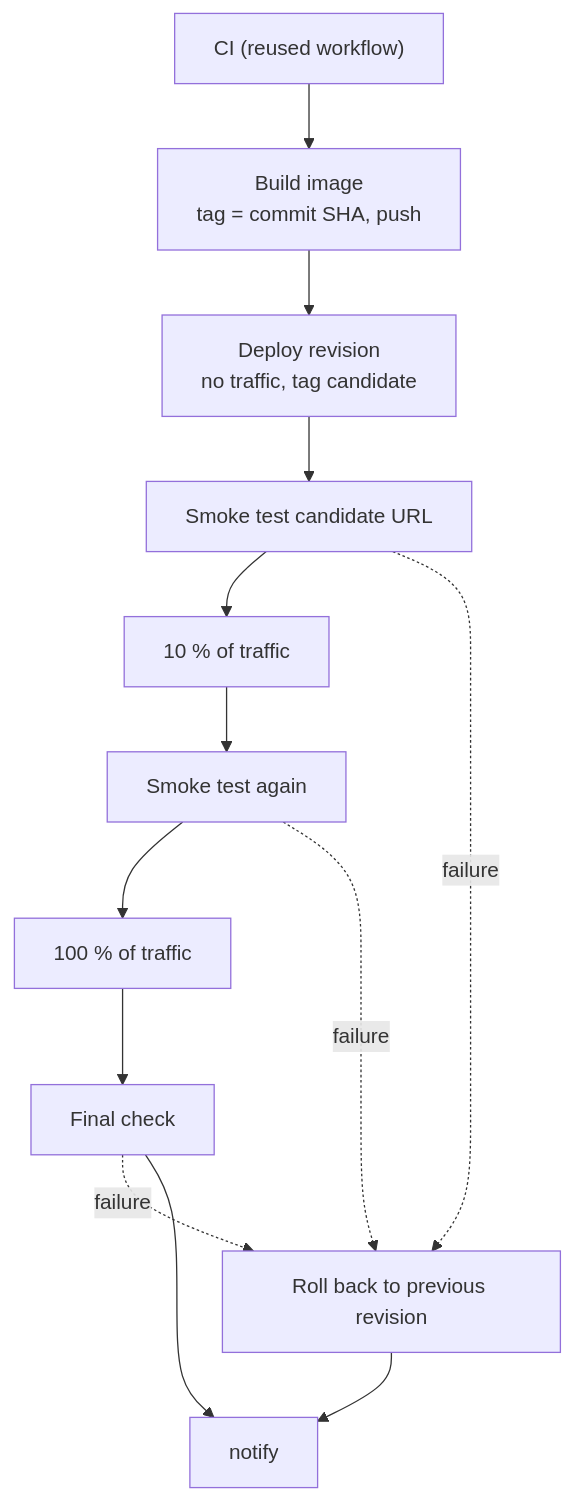
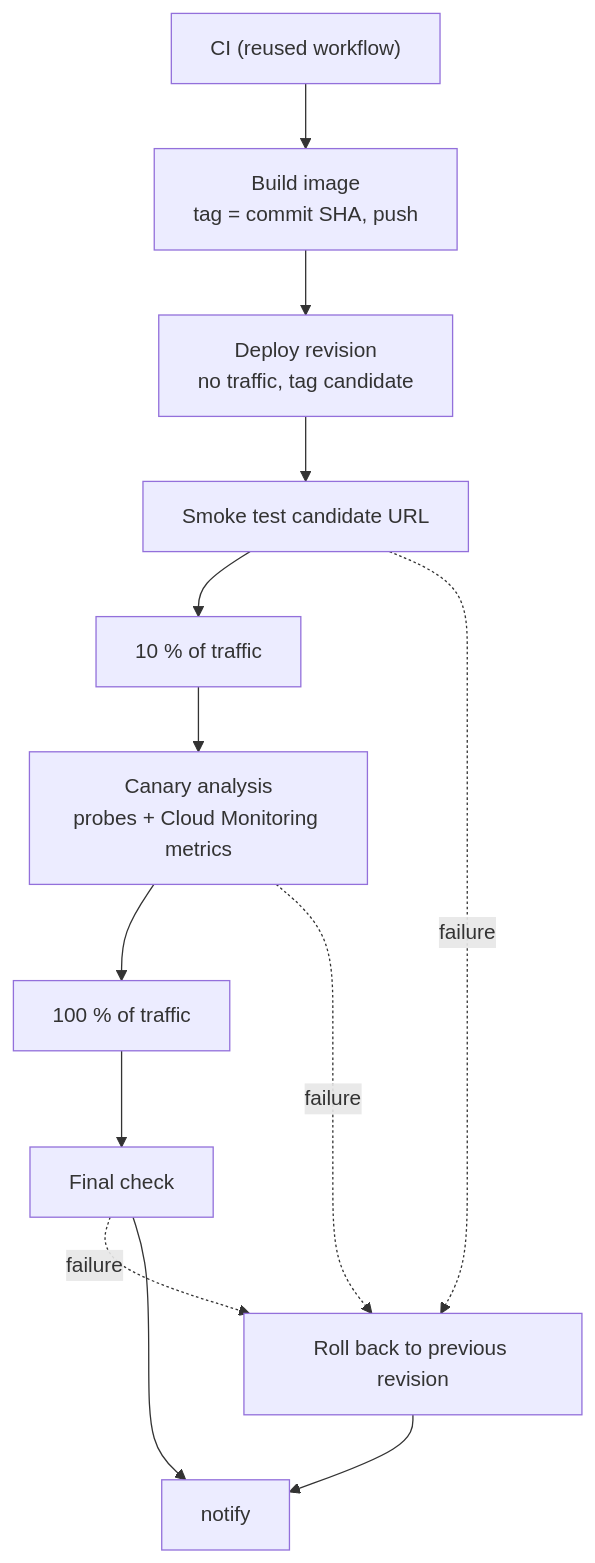
One commit to rosvend/MLOps changed the fourth of 4 diagrams in docs/gcp/cicd.md. Above: the diagram before and after it, drawn with Mermaid. The commit also changed other lines of this file and 10 other files, not shown here.

First line of the commit message:
ci: canary analysis from Cloud Monitoring metrics; Postman works without an environment

````diff
--- a/docs/gcp/cicd.md
+++ b/docs/gcp/cicd.md
@@ -105,15 +105,15 @@
 ```mermaid
 flowchart TB
     ci["CI (reused workflow)"] --> img["Build image<br/>tag = commit SHA, push"]
     img --> dep["Deploy revision<br/>no traffic, tag candidate"]
     dep --> s1["Smoke test candidate URL"]
     s1 --> p10["10 % of traffic"]
-    p10 --> s2["Smoke test again"]
+    p10 --> s2["Canary analysis<br/>probes + Cloud Monitoring metrics"]
     s2 --> p100["100 % of traffic"]
     p100 --> s3["Final check"]
     s1 -. failure .-> rb["Roll back to previous revision"]
     s2 -. failure .-> rb
     s3 -. failure .-> rb
     s3 --> n["notify"]
     rb --> n
 ```
````
